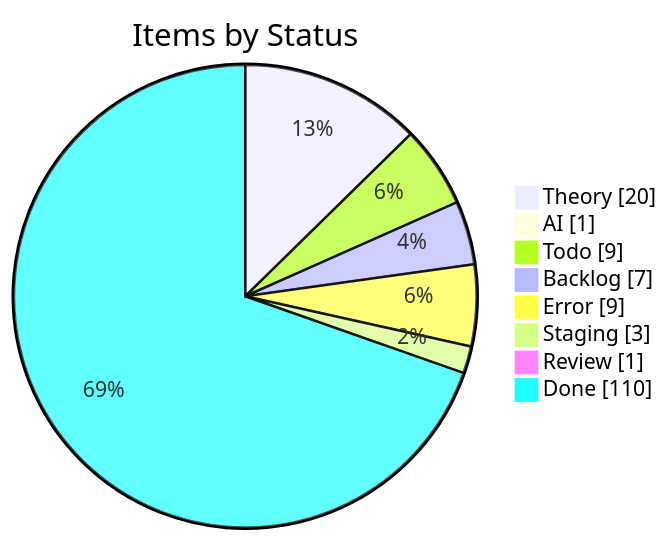
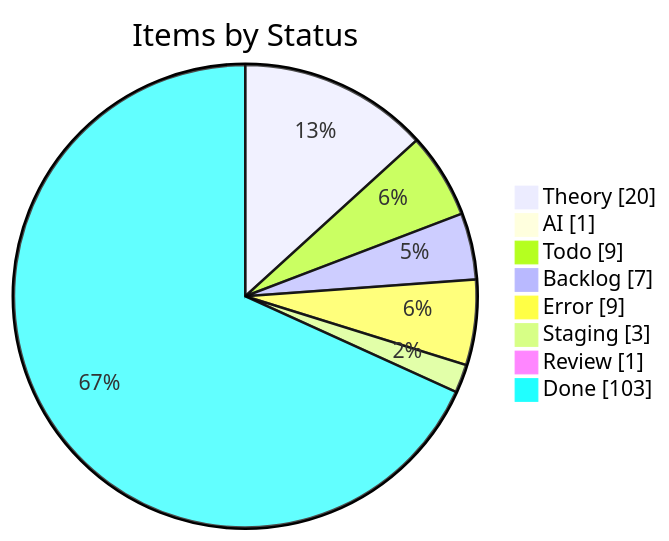
The first of 4 diagrams in apps/kbve/astro-kbve/src/content/docs/dashboard/kanban-data.mdx (KBVE/kbve), drawn with Mermaid before and after one commit. The commit also changed other lines of this file and 7 other files, not shown here.

````diff
--- a/apps/kbve/astro-kbve/src/content/docs/dashboard/kanban-data.mdx
+++ b/apps/kbve/astro-kbve/src/content/docs/dashboard/kanban-data.mdx
@@ -55,12 +55,12 @@
 ```mermaid
 pie showData
     title Items by Status
     "Theory" : 20
     "AI" : 1
     "Todo" : 9
     "Backlog" : 7
     "Error" : 9
     "Staging" : 3
     "Review" : 1
-    "Done" : 110
+    "Done" : 103
 ```
````
